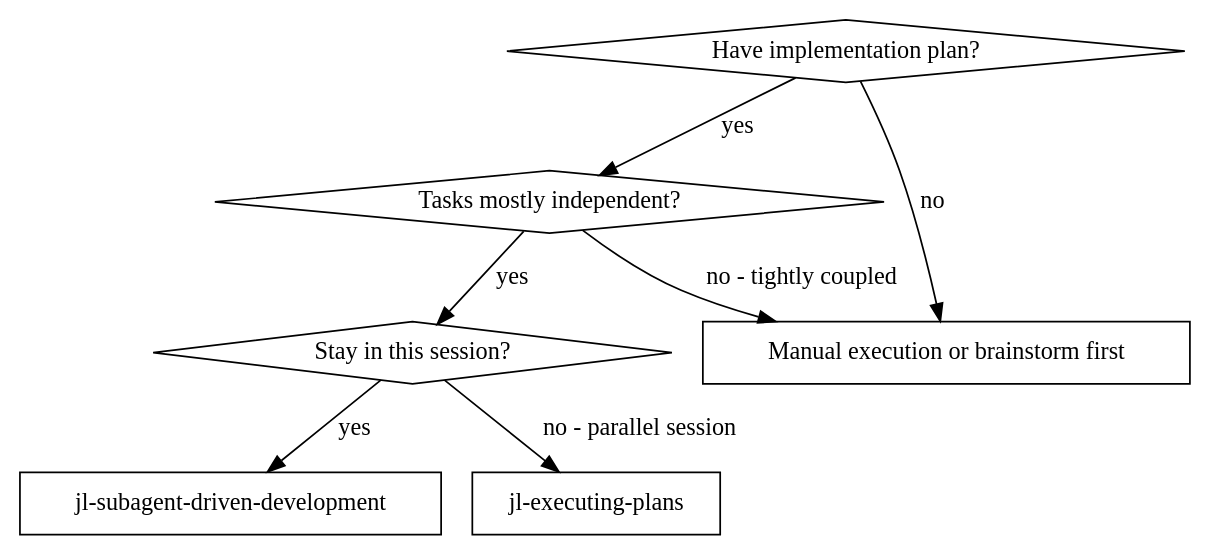
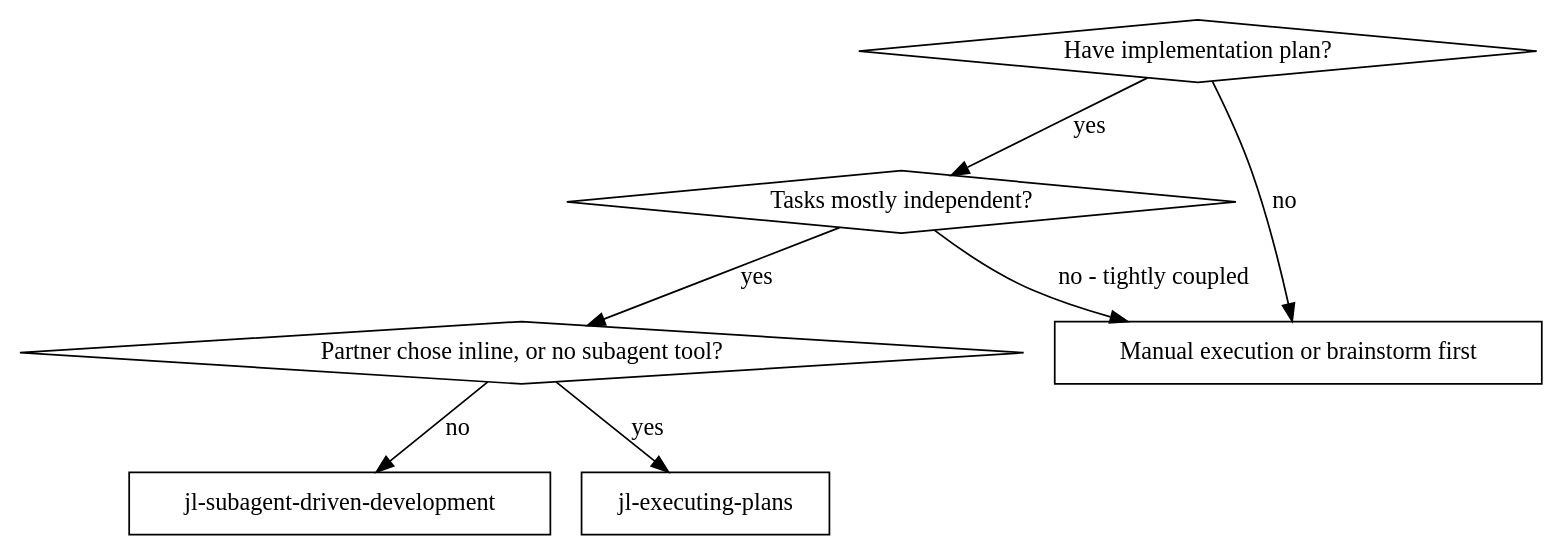
Before and after one commit to hufaei/my-skills: the first of 2 diagrams in synced/jl-subagent-driven-development/SKILL.md, drawn with Graphviz. The commit also changed other lines of this file and 22 other files, not shown here.

````diff
--- a/synced/jl-subagent-driven-development/SKILL.md
+++ b/synced/jl-subagent-driven-development/SKILL.md
@@ -35,17 +35,17 @@
 ```dot
 digraph when_to_use {
     "Have implementation plan?" [shape=diamond];
     "Tasks mostly independent?" [shape=diamond];
-    "Stay in this session?" [shape=diamond];
+    "Partner chose inline, or no subagent tool?" [shape=diamond];
     "jl-subagent-driven-development" [shape=box];
     "jl-executing-plans" [shape=box];
     "Manual execution or brainstorm first" [shape=box];
 
     "Have implementation plan?" -> "Tasks mostly independent?" [label="yes"];
     "Have implementation plan?" -> "Manual execution or brainstorm first" [label="no"];
-    "Tasks mostly independent?" -> "Stay in this session?" [label="yes"];
+    "Tasks mostly independent?" -> "Partner chose inline, or no subagent tool?" [label="yes"];
     "Tasks mostly independent?" -> "Manual execution or brainstorm first" [label="no - tightly coupled"];
-    "Stay in this session?" -> "jl-subagent-driven-development" [label="yes"];
-    "Stay in this session?" -> "jl-executing-plans" [label="no - parallel session"];
+    "Partner chose inline, or no subagent tool?" -> "jl-executing-plans" [label="yes"];
+    "Partner chose inline, or no subagent tool?" -> "jl-subagent-driven-development" [label="no"];
 }
 ```
````
